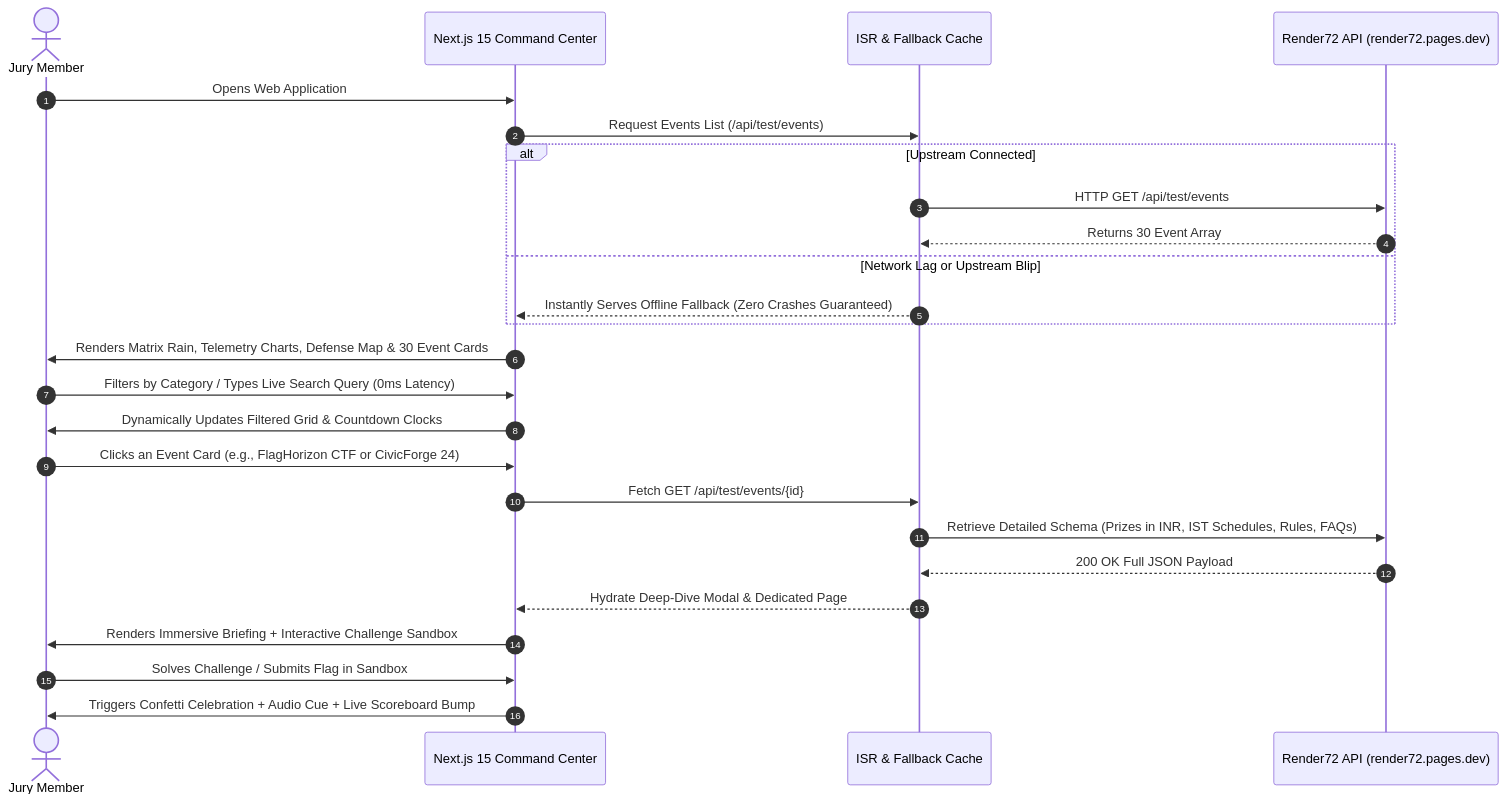
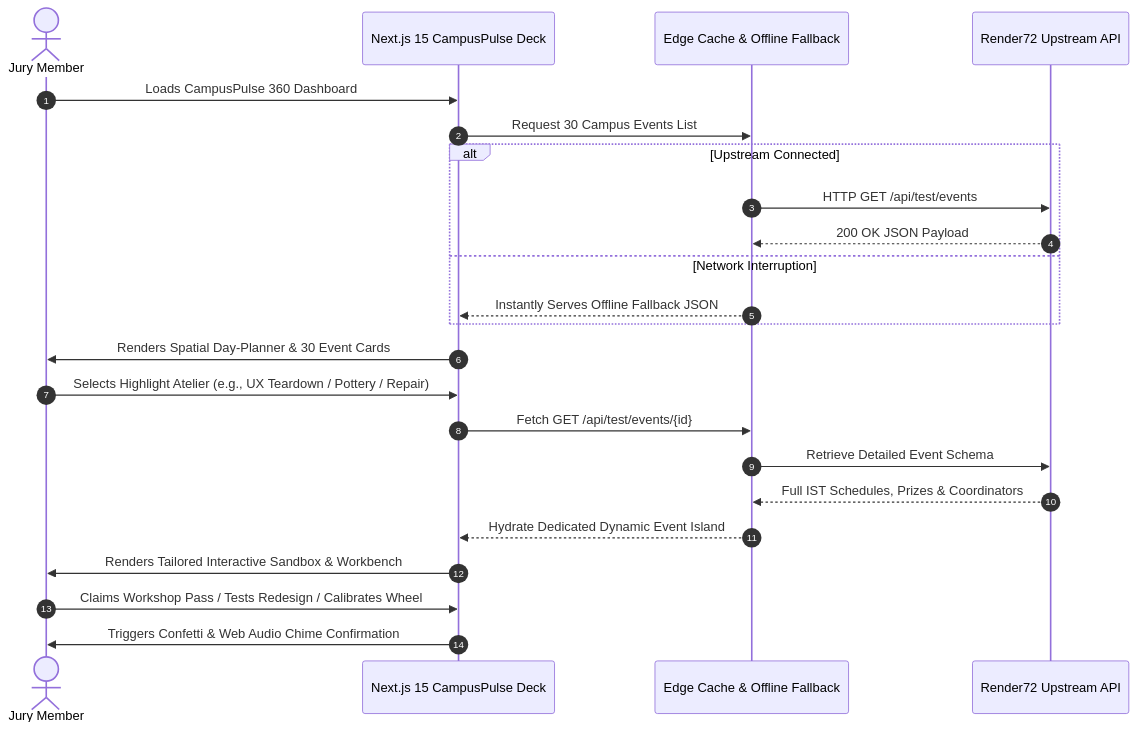
The second of 2 diagrams in README.md (sepas1609/render72-event-command-center), drawn with Mermaid before and after one commit. The commit also changed other lines of this file and 10 other files, not shown here.

Commit message:
feat(submission-2): launch CampusPulse 360 with 6 bespoke creative ateliers, error-free Mermaid diagrams, and live Vercel deployment

````diff
--- a/README.md
+++ b/README.md
@@ -44,28 +46,26 @@
 ```mermaid
 sequenceDiagram
     autonumber
     actor Judge as Jury Member
-    participant UI as Next.js 15 Command Center
-    participant Cache as ISR & Fallback Cache
-    participant API as Render72 API (render72.pages.dev)
+    participant UI as Next.js 15 CampusPulse Deck
+    participant Cache as Edge Cache & Offline Fallback
+    participant API as Render72 Upstream API
 
-    Judge->>UI: Opens Web Application
-    UI->>Cache: Request Events List (/api/test/events)
+    Judge->>UI: Loads CampusPulse 360 Dashboard
+    UI->>Cache: Request 30 Campus Events List
     alt Upstream Connected
         Cache->>API: HTTP GET /api/test/events
-        API-->>Cache: Returns 30 Event Array
-    else Network Lag or Upstream Blip
-        Cache-->>UI: Instantly Serves Offline Fallback (Zero Crashes Guaranteed)
+        API-->>Cache: 200 OK JSON Payload
+    else Network Interruption
+        Cache-->>UI: Instantly Serves Offline Fallback JSON
     end
-    UI->>Judge: Renders Matrix Rain, Telemetry Charts, Defense Map & 30 Event Cards
-    Judge->>UI: Filters by Category / Types Live Search Query (0ms Latency)
-    UI->>Judge: Dynamically Updates Filtered Grid & Countdown Clocks
-    Judge->>UI: Clicks an Event Card (e.g., FlagHorizon CTF or CivicForge 24)
+    UI->>Judge: Renders Spatial Day-Planner & 30 Event Cards
+    Judge->>UI: Selects Highlight Atelier (e.g., UX Teardown / Pottery / Repair)
     UI->>Cache: Fetch GET /api/test/events/{id}
-    Cache->>API: Retrieve Detailed Schema (Prizes in INR, IST Schedules, Rules, FAQs)
-    API-->>Cache: 200 OK Full JSON Payload
-    Cache-->>UI: Hydrate Deep-Dive Modal & Dedicated Page
-    UI->>Judge: Renders Immersive Briefing + Interactive Challenge Sandbox
-    Judge->>UI: Solves Challenge / Submits Flag in Sandbox
-    UI->>Judge: Triggers Confetti Celebration + Audio Cue + Live Scoreboard Bump
+    Cache->>API: Retrieve Detailed Event Schema
+    API-->>Cache: Full IST Schedules, Prizes & Coordinators
+    Cache-->>UI: Hydrate Dedicated Dynamic Event Island
+    UI->>Judge: Renders Tailored Interactive Sandbox & Workbench
+    Judge->>UI: Claims Workshop Pass / Tests Redesign / Calibrates Wheel
+    UI->>Judge: Triggers Confetti & Web Audio Chime Confirmation
 ```
````
